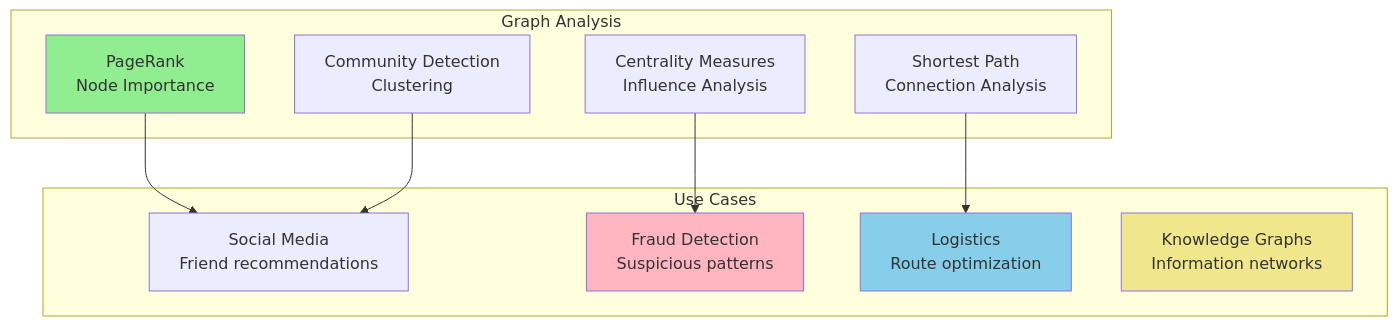
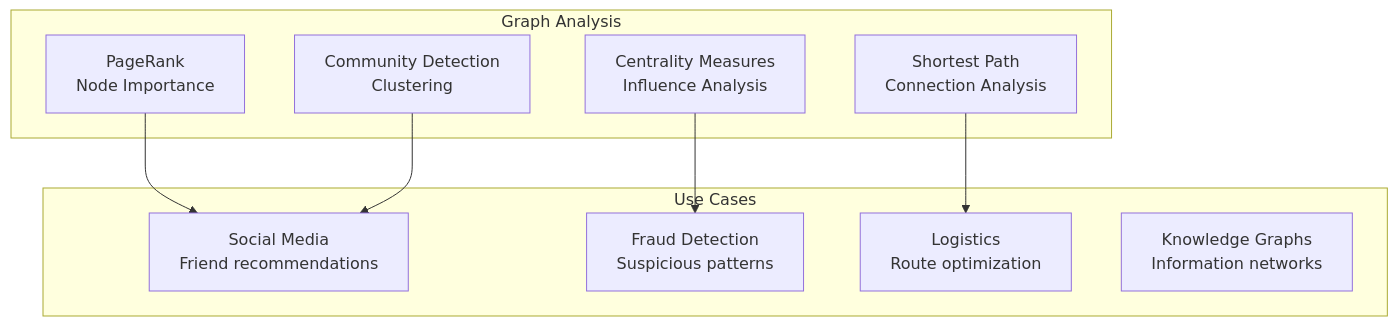
Before and after one commit to Ritahchanger/system_design: the tenth of 15 diagrams in databases/docs/nosql.md, drawn with Mermaid. The commit also changed other lines of this file and 5 other files, not shown here.

Commit message:
Updated visual diagrams and added readme for database case studies

````diff
--- a/databases/docs/nosql.md
+++ b/databases/docs/nosql.md
@@ -452,26 +433,23 @@
 ```mermaid
 graph TB
     subgraph "Graph Analysis"
         PageRank[PageRank<br/>Node Importance]
         Community[Community Detection<br/>Clustering]
         Centrality[Centrality Measures<br/>Influence Analysis]
         ShortestPath[Shortest Path<br/>Connection Analysis]
     end
     
     subgraph "Use Cases"
         SocialMedia[Social Media<br/>Friend recommendations]
         Fraud[Fraud Detection<br/>Suspicious patterns]
         Logistics[Logistics<br/>Route optimization]
         Knowledge[Knowledge Graphs<br/>Information networks]
     end
     
     PageRank --> SocialMedia
     Community --> SocialMedia
     Centrality --> Fraud
     ShortestPath --> Logistics
     
-    style PageRank fill:#90EE90
-    style Fraud fill:#FFB6C1
-    style Logistics fill:#87CEEB
-    style Knowledge fill:#F0E68C
+  
 ```
````
